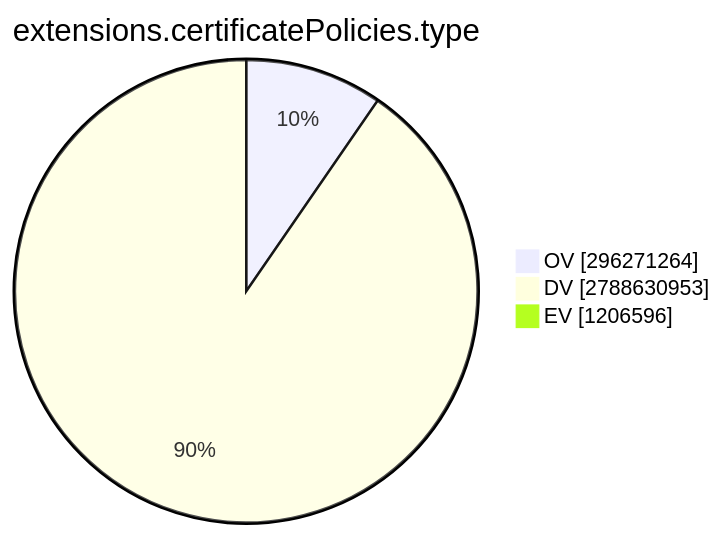
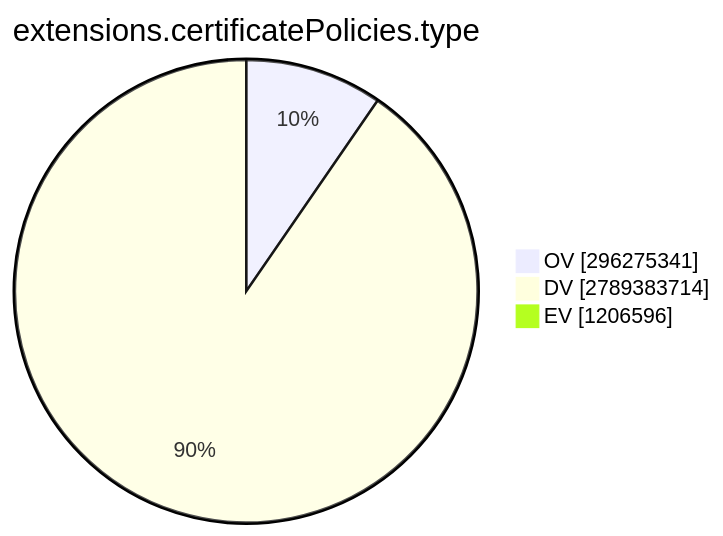
One commit to christiankrug/ctmonitor_visualization changed the ninth of 15 diagrams in TOTAL/README.md. Above: the diagram before and after it, drawn with Mermaid. The commit also changed other lines of this file, not shown here.

````diff
--- a/TOTAL/README.md
+++ b/TOTAL/README.md
@@ -3099,7 +3099,7 @@
 ```mermaid
 pie showData
 title extensions.certificatePolicies.type
-"OV" :296271264
-"DV" :2788630953
+"OV" :296275341
+"DV" :2789383714
 "EV" :1206596
 ```
````
